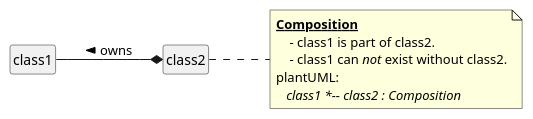
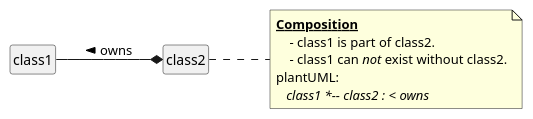
One commit to chraxo/UmlMarkdownCheatSheet changed diagram 18 of 33 in uml_markdown_summary.md. Above: the diagram before and after it, drawn with PlantUML. The commit also changed other lines of this file, not shown here.

```diff
--- a/uml_markdown_summary.md
+++ b/uml_markdown_summary.md
@@ -358,19 +482,19 @@
 @startuml
     skinparam classFontName Consolas
     skinparam classAttributeFontName Consolas
     skinparam noteFontName Consolas
 
     hide empty members
     left to right direction
     skinparam style strictuml
     
     class1 --* class2 : < owns
 
     note right
         **__Composition__**
             - class1 is part of class2.
             - class1 can //not// exist without class2.
         plantUML:
-           //class1 *-- class2 : Composition//
+           //class1 *-- class2 : < owns//
     end note
 @enduml
```
